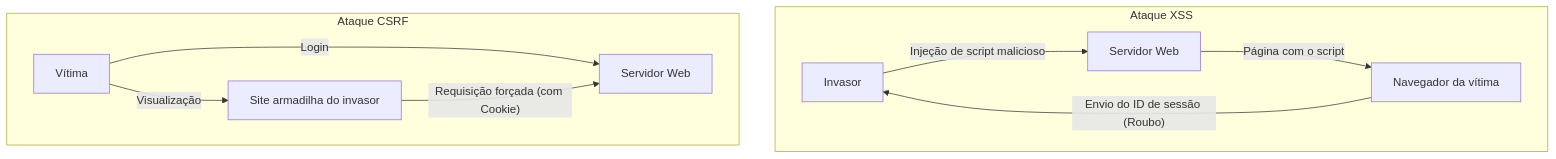
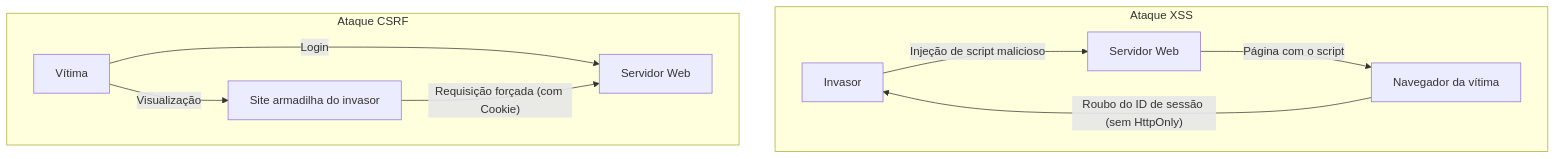
Before and after one commit to kenjinote/blog: the diagram in content/post/cross-site-scripting-xss-csrf-security/index.pt.md, drawn with Mermaid. The commit also changed other lines of this file and 21 other files, not shown here.

````diff
--- a/content/post/cross-site-scripting-xss-csrf-security/index.pt.md
+++ b/content/post/cross-site-scripting-xss-csrf-security/index.pt.md
@@ -134,14 +137,14 @@
 ```mermaid
 graph TD
     subgraph Ataque XSS
         A["Invasor"] -- "Injeção de script malicioso" --> B["Servidor Web"]
         B -- "Página com o script" --> C["Navegador da vítima"]
-        C -- "Envio do ID de sessão (Roubo)" --> A
+        C -- "Roubo do ID de sessão (sem HttpOnly)" --> A
     end
 
     subgraph Ataque CSRF
         D["Vítima"] -- "Login" --> E["Servidor Web"]
         D -- "Visualização" --> F["Site armadilha do invasor"]
         F -- "Requisição forçada (com Cookie)" --> E
     end
 ```
````
